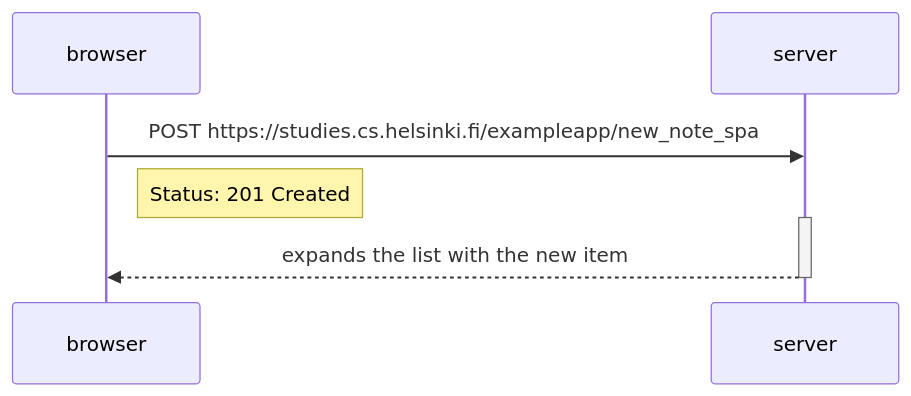
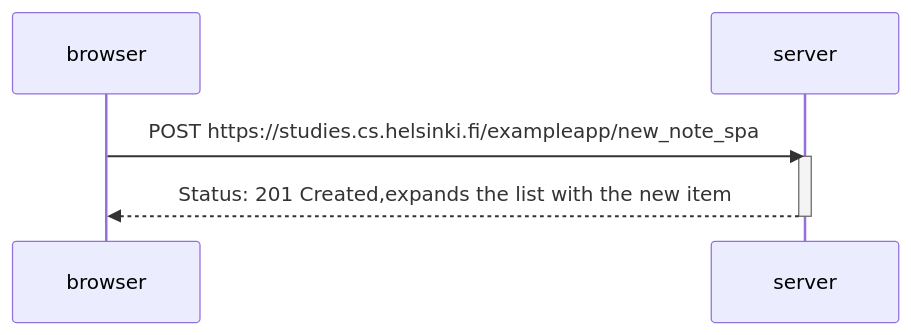
Before and after one commit to mrkgbr/fullstackopen: the diagram in part0/0.6/SPA_new_note.md, drawn with Mermaid.

Commit message:
Update diagram

````diff
--- a/part0/0.6/SPA_new_note.md
+++ b/part0/0.6/SPA_new_note.md
@@ -1,13 +1,12 @@
 ```mermaid
 
 sequenceDiagram
 participant browser
 participant server
 
 browser->>server: POST https://studies.cs.helsinki.fi/exampleapp/new_note_spa
-Note right of browser: Status: 201 Created
 activate server
-server-->>browser: expands the list with the new item
+server-->>browser: Status: 201 Created,expands the list with the new item
 deactivate server
 
 ```
````
